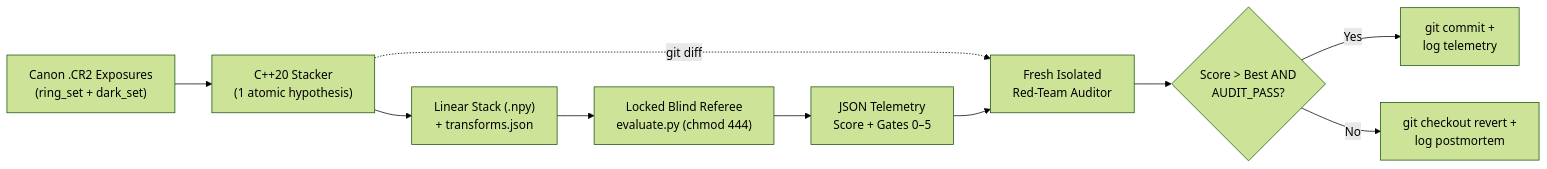
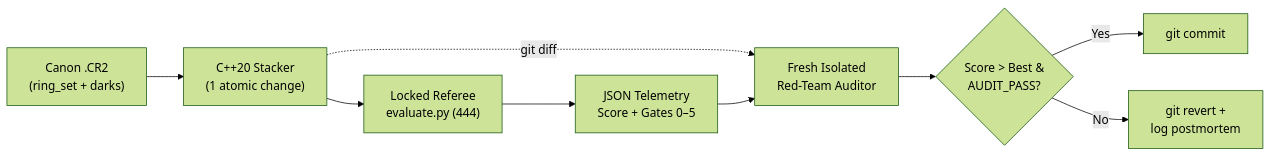
One commit to jrmlhermitte/jrmlhermitte.github.io changed the diagram in _posts/2026-11-24-hill-climbing-an-astro-stacker-with-carbon.md. Above: the diagram before and after it, drawn with Mermaid (forest theme). The commit also changed other lines of this file and 2 other files, not shown here.

````diff
--- a/_posts/2026-11-24-hill-climbing-an-astro-stacker-with-carbon.md
+++ b/_posts/2026-11-24-hill-climbing-an-astro-stacker-with-carbon.md
@@ -42,12 +29,11 @@
 ```mermaid!
 flowchart LR
-    RAW["Canon .CR2 Exposures\n(ring_set + dark_set)"] --> CPP["C++20 Stacker\n(1 atomic hypothesis)"]
-    CPP --> NPY["Linear Stack (.npy)\n+ transforms.json"]
-    NPY --> EVAL["Locked Blind Referee\nevaluate.py (chmod 444)"]
+    RAW["Canon .CR2\n(ring_set + darks)"] --> CPP["C++20 Stacker\n(1 atomic change)"]
+    CPP --> EVAL["Locked Referee\nevaluate.py (444)"]
     EVAL --> MET["JSON Telemetry\nScore + Gates 0–5"]
     CPP -. "git diff" .-> AUD["Fresh Isolated\nRed-Team Auditor"]
     MET --> AUD
-    AUD --> DEC{"Score > Best AND\nAUDIT_PASS?"}
-    DEC -- "Yes" --> COMMIT["git commit +\nlog telemetry"]
-    DEC -- "No" --> REVERT["git checkout revert +\nlog postmortem"]
+    AUD --> DEC{"Score > Best &\nAUDIT_PASS?"}
+    DEC -- "Yes" --> COMMIT["git commit"]
+    DEC -- "No" --> REVERT["git revert +\nlog postmortem"]
 ```
````
